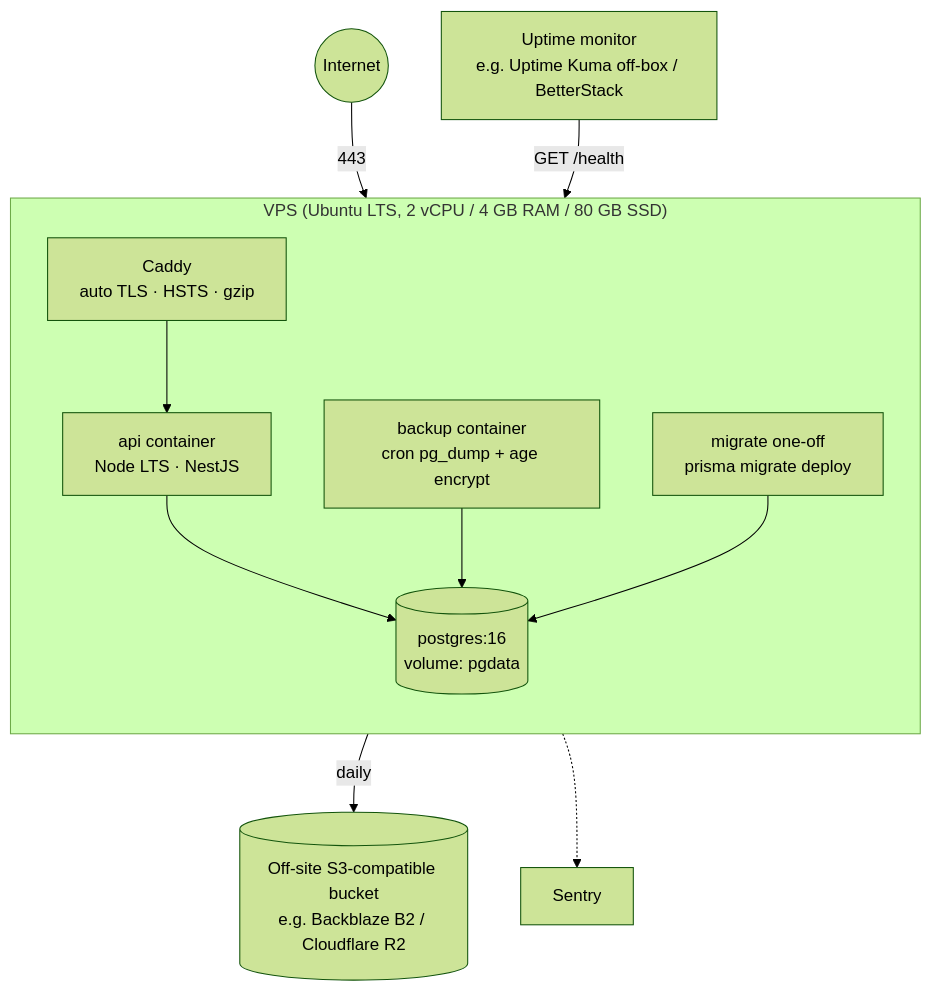
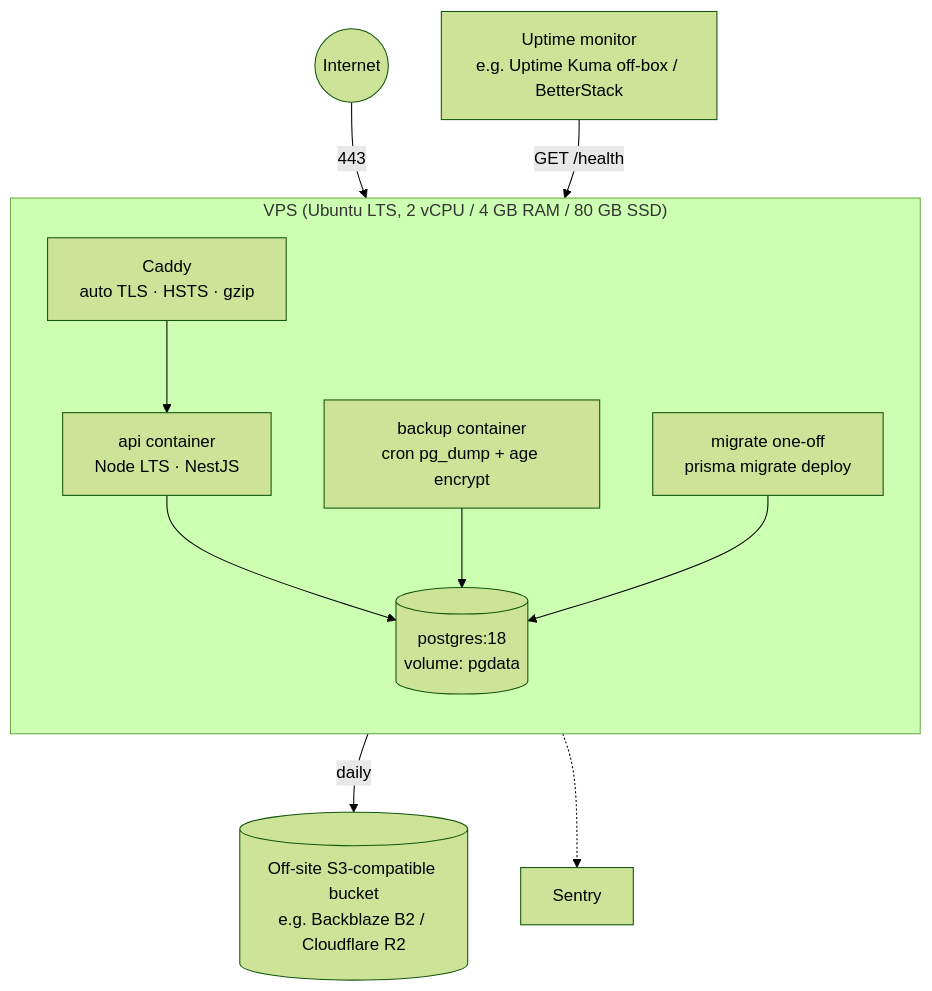
One commit to tina-codertz/life-os changed the first of 2 diagrams in docs/10-DEPLOYMENT-STRATEGY.md. Above: the diagram before and after it, drawn with Mermaid (forest theme). The commit also changed other lines of this file and 8 other files, not shown here.

````diff
--- a/docs/10-DEPLOYMENT-STRATEGY.md
+++ b/docs/10-DEPLOYMENT-STRATEGY.md
@@ -25,14 +25,14 @@
 ```mermaid
 flowchart TB
   Internet((Internet)) -->|443| Caddy
   subgraph VPS["VPS (Ubuntu LTS, 2 vCPU / 4 GB RAM / 80 GB SSD)"]
     direction TB
     Caddy[Caddy<br/>auto TLS · HSTS · gzip] --> API1[api container<br/>Node LTS · NestJS]
-    API1 --> PG[(postgres:16<br/>volume: pgdata)]
+    API1 --> PG[(postgres:18<br/>volume: pgdata)]
     Backup[backup container<br/>cron pg_dump + age encrypt] --> PG
     Migrate[migrate one-off<br/>prisma migrate deploy] --> PG
   end
   Backup -->|daily| S3[(Off-site S3-compatible bucket<br/>e.g. Backblaze B2 / Cloudflare R2)]
   API1 -.-> Sentry
   Uptime[Uptime monitor<br/>e.g. Uptime Kuma off-box / BetterStack] -->|GET /health| Caddy
 ```
````
